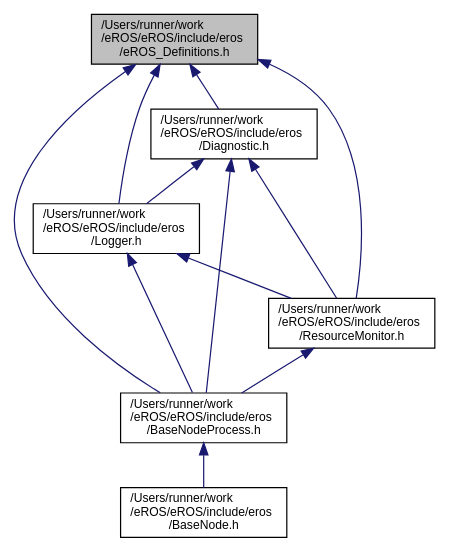
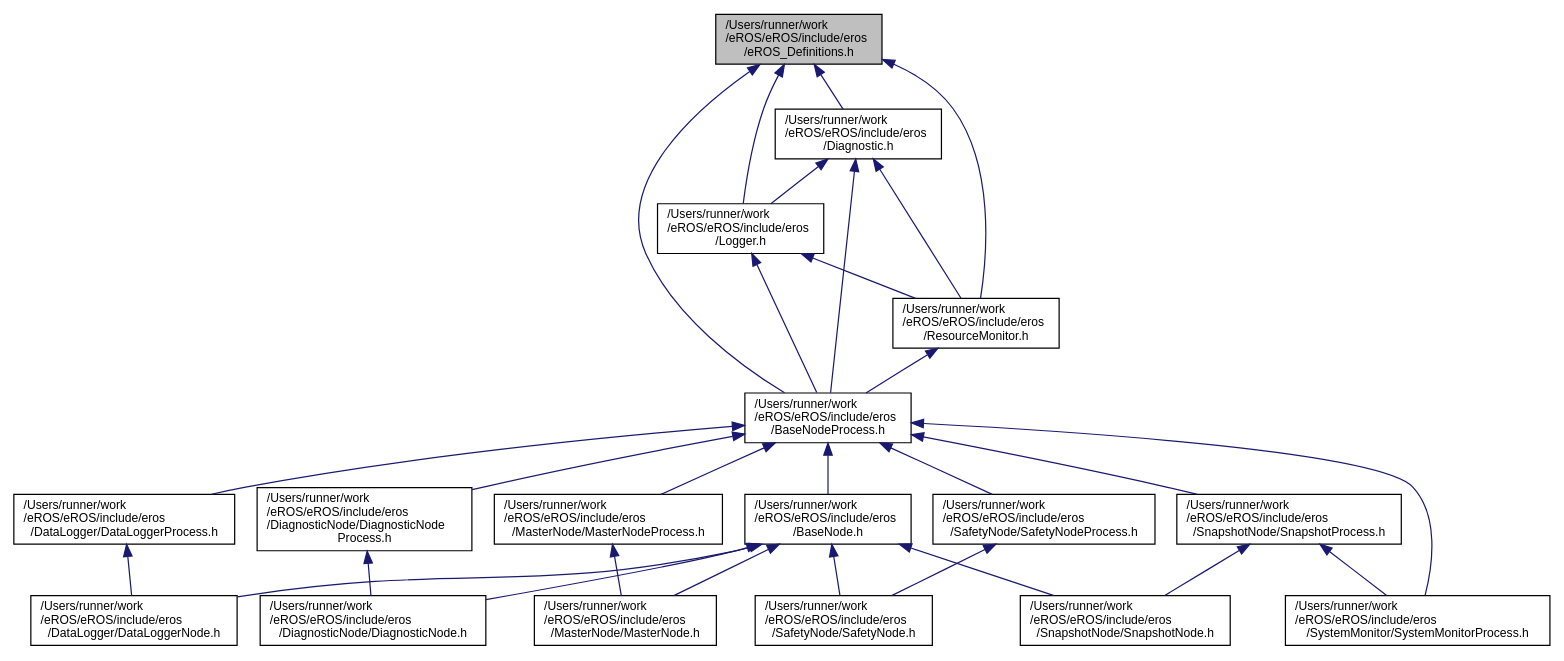
Before and after one commit to dgitz/eros: the diagram in eROS__Definitions_8h__dep__incl.dot, drawn with Graphviz. The commit also changed 305 other files, not shown here.

```diff
--- a/eROS__Definitions_8h__dep__incl.dot
+++ b/eROS__Definitions_8h__dep__incl.dot
@@ -1,23 +1,51 @@
 digraph "/Users/runner/work/eROS/eROS/include/eros/eROS_Definitions.h"
 {
  // LATEX_PDF_SIZE
   edge [fontname="Helvetica",fontsize="10",labelfontname="Helvetica",labelfontsize="10"];
   node [fontname="Helvetica",fontsize="10",shape=record];
   Node1 [label="/Users/runner/work\l/eROS/eROS/include/eros\l/eROS_Definitions.h",height=0.2,width=0.4,color="black", fillcolor="grey75", style="filled", fontcolor="black",tooltip=" "];
   Node1 -> Node2 [dir="back",color="midnightblue",fontsize="10",style="solid",fontname="Helvetica"];
   Node2 [label="/Users/runner/work\l/eROS/eROS/include/eros\l/BaseNodeProcess.h",height=0.2,width=0.4,color="black", fillcolor="white", style="filled",URL="$BaseNodeProcess_8h.html",tooltip=" "];
   Node2 -> Node3 [dir="back",color="midnightblue",fontsize="10",style="solid",fontname="Helvetica"];
   Node3 [label="/Users/runner/work\l/eROS/eROS/include/eros\l/BaseNode.h",height=0.2,width=0.4,color="black", fillcolor="white", style="filled",URL="$BaseNode_8h.html",tooltip=" "];
-  Node1 -> Node4 [dir="back",color="midnightblue",fontsize="10",style="solid",fontname="Helvetica"];
-  Node4 [label="/Users/runner/work\l/eROS/eROS/include/eros\l/Diagnostic.h",height=0.2,width=0.4,color="black", fillcolor="white", style="filled",URL="$Diagnostic_8h.html",tooltip=" "];
-  Node4 -> Node2 [dir="back",color="midnightblue",fontsize="10",style="solid",fontname="Helvetica"];
-  Node4 -> Node5 [dir="back",color="midnightblue",fontsize="10",style="solid",fontname="Helvetica"];
-  Node5 [label="/Users/runner/work\l/eROS/eROS/include/eros\l/Logger.h",height=0.2,width=0.4,color="black", fillcolor="white", style="filled",URL="$Logger_8h.html",tooltip=" "];
-  Node5 -> Node2 [dir="back",color="midnightblue",fontsize="10",style="solid",fontname="Helvetica"];
-  Node5 -> Node6 [dir="back",color="midnightblue",fontsize="10",style="solid",fontname="Helvetica"];
-  Node6 [label="/Users/runner/work\l/eROS/eROS/include/eros\l/ResourceMonitor.h",height=0.2,width=0.4,color="black", fillcolor="white", style="filled",URL="$ResourceMonitor_8h.html",tooltip=" "];
-  Node6 -> Node2 [dir="back",color="midnightblue",fontsize="10",style="solid",fontname="Helvetica"];
-  Node4 -> Node6 [dir="back",color="midnightblue",fontsize="10",style="solid",fontname="Helvetica"];
-  Node1 -> Node5 [dir="back",color="midnightblue",fontsize="10",style="solid",fontname="Helvetica"];
-  Node1 -> Node6 [dir="back",color="midnightblue",fontsize="10",style="solid",fontname="Helvetica"];
+  Node3 -> Node4 [dir="back",color="midnightblue",fontsize="10",style="solid",fontname="Helvetica"];
+  Node4 [label="/Users/runner/work\l/eROS/eROS/include/eros\l/DataLogger/DataLoggerNode.h",height=0.2,width=0.4,color="black", fillcolor="white", style="filled",URL="$DataLoggerNode_8h.html",tooltip=" "];
+  Node3 -> Node5 [dir="back",color="midnightblue",fontsize="10",style="solid",fontname="Helvetica"];
+  Node5 [label="/Users/runner/work\l/eROS/eROS/include/eros\l/DiagnosticNode/DiagnosticNode.h",height=0.2,width=0.4,color="black", fillcolor="white", style="filled",URL="$DiagnosticNode_8h.html",tooltip=" "];
+  Node3 -> Node6 [dir="back",color="midnightblue",fontsize="10",style="solid",fontname="Helvetica"];
+  Node6 [label="/Users/runner/work\l/eROS/eROS/include/eros\l/MasterNode/MasterNode.h",height=0.2,width=0.4,color="black", fillcolor="white", style="filled",URL="$MasterNode_8h.html",tooltip=" "];
+  Node3 -> Node7 [dir="back",color="midnightblue",fontsize="10",style="solid",fontname="Helvetica"];
+  Node7 [label="/Users/runner/work\l/eROS/eROS/include/eros\l/SafetyNode/SafetyNode.h",height=0.2,width=0.4,color="black", fillcolor="white", style="filled",URL="$SafetyNode_8h.html",tooltip=" "];
+  Node3 -> Node8 [dir="back",color="midnightblue",fontsize="10",style="solid",fontname="Helvetica"];
+  Node8 [label="/Users/runner/work\l/eROS/eROS/include/eros\l/SnapshotNode/SnapshotNode.h",height=0.2,width=0.4,color="black", fillcolor="white", style="filled",URL="$SnapshotNode_8h.html",tooltip=" "];
+  Node2 -> Node9 [dir="back",color="midnightblue",fontsize="10",style="solid",fontname="Helvetica"];
+  Node9 [label="/Users/runner/work\l/eROS/eROS/include/eros\l/DataLogger/DataLoggerProcess.h",height=0.2,width=0.4,color="black", fillcolor="white", style="filled",URL="$DataLoggerProcess_8h.html",tooltip=" "];
+  Node9 -> Node4 [dir="back",color="midnightblue",fontsize="10",style="solid",fontname="Helvetica"];
+  Node2 -> Node10 [dir="back",color="midnightblue",fontsize="10",style="solid",fontname="Helvetica"];
+  Node10 [label="/Users/runner/work\l/eROS/eROS/include/eros\l/DiagnosticNode/DiagnosticNode\lProcess.h",height=0.2,width=0.4,color="black", fillcolor="white", style="filled",URL="$DiagnosticNodeProcess_8h.html",tooltip=" "];
+  Node10 -> Node5 [dir="back",color="midnightblue",fontsize="10",style="solid",fontname="Helvetica"];
+  Node2 -> Node11 [dir="back",color="midnightblue",fontsize="10",style="solid",fontname="Helvetica"];
+  Node11 [label="/Users/runner/work\l/eROS/eROS/include/eros\l/MasterNode/MasterNodeProcess.h",height=0.2,width=0.4,color="black", fillcolor="white", style="filled",URL="$MasterNodeProcess_8h.html",tooltip=" "];
+  Node11 -> Node6 [dir="back",color="midnightblue",fontsize="10",style="solid",fontname="Helvetica"];
+  Node2 -> Node12 [dir="back",color="midnightblue",fontsize="10",style="solid",fontname="Helvetica"];
+  Node12 [label="/Users/runner/work\l/eROS/eROS/include/eros\l/SafetyNode/SafetyNodeProcess.h",height=0.2,width=0.4,color="black", fillcolor="white", style="filled",URL="$SafetyNodeProcess_8h.html",tooltip=" "];
+  Node12 -> Node7 [dir="back",color="midnightblue",fontsize="10",style="solid",fontname="Helvetica"];
+  Node2 -> Node13 [dir="back",color="midnightblue",fontsize="10",style="solid",fontname="Helvetica"];
+  Node13 [label="/Users/runner/work\l/eROS/eROS/include/eros\l/SnapshotNode/SnapshotProcess.h",height=0.2,width=0.4,color="black", fillcolor="white", style="filled",URL="$SnapshotProcess_8h.html",tooltip=" "];
+  Node13 -> Node8 [dir="back",color="midnightblue",fontsize="10",style="solid",fontname="Helvetica"];
+  Node13 -> Node14 [dir="back",color="midnightblue",fontsize="10",style="solid",fontname="Helvetica"];
+  Node14 [label="/Users/runner/work\l/eROS/eROS/include/eros\l/SystemMonitor/SystemMonitorProcess.h",height=0.2,width=0.4,color="black", fillcolor="white", style="filled",URL="$SystemMonitorProcess_8h.html",tooltip=" "];
+  Node2 -> Node14 [dir="back",color="midnightblue",fontsize="10",style="solid",fontname="Helvetica"];
+  Node1 -> Node15 [dir="back",color="midnightblue",fontsize="10",style="solid",fontname="Helvetica"];
+  Node15 [label="/Users/runner/work\l/eROS/eROS/include/eros\l/Diagnostic.h",height=0.2,width=0.4,color="black", fillcolor="white", style="filled",URL="$Diagnostic_8h.html",tooltip=" "];
+  Node15 -> Node2 [dir="back",color="midnightblue",fontsize="10",style="solid",fontname="Helvetica"];
+  Node15 -> Node16 [dir="back",color="midnightblue",fontsize="10",style="solid",fontname="Helvetica"];
+  Node16 [label="/Users/runner/work\l/eROS/eROS/include/eros\l/Logger.h",height=0.2,width=0.4,color="black", fillcolor="white", style="filled",URL="$Logger_8h.html",tooltip=" "];
+  Node16 -> Node2 [dir="back",color="midnightblue",fontsize="10",style="solid",fontname="Helvetica"];
+  Node16 -> Node17 [dir="back",color="midnightblue",fontsize="10",style="solid",fontname="Helvetica"];
+  Node17 [label="/Users/runner/work\l/eROS/eROS/include/eros\l/ResourceMonitor.h",height=0.2,width=0.4,color="black", fillcolor="white", style="filled",URL="$ResourceMonitor_8h.html",tooltip=" "];
+  Node17 -> Node2 [dir="back",color="midnightblue",fontsize="10",style="solid",fontname="Helvetica"];
+  Node15 -> Node17 [dir="back",color="midnightblue",fontsize="10",style="solid",fontname="Helvetica"];
+  Node1 -> Node16 [dir="back",color="midnightblue",fontsize="10",style="solid",fontname="Helvetica"];
+  Node1 -> Node17 [dir="back",color="midnightblue",fontsize="10",style="solid",fontname="Helvetica"];
 }
```
